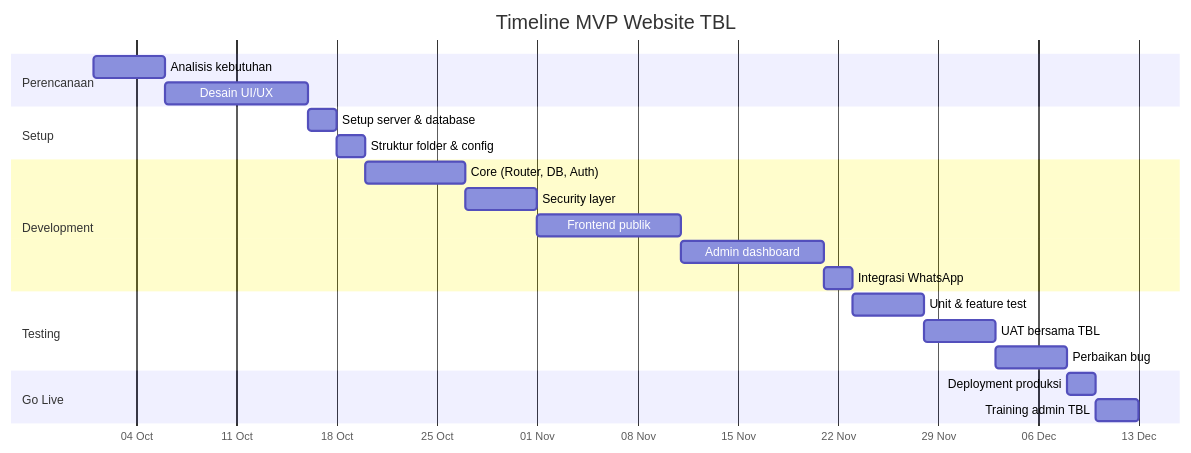
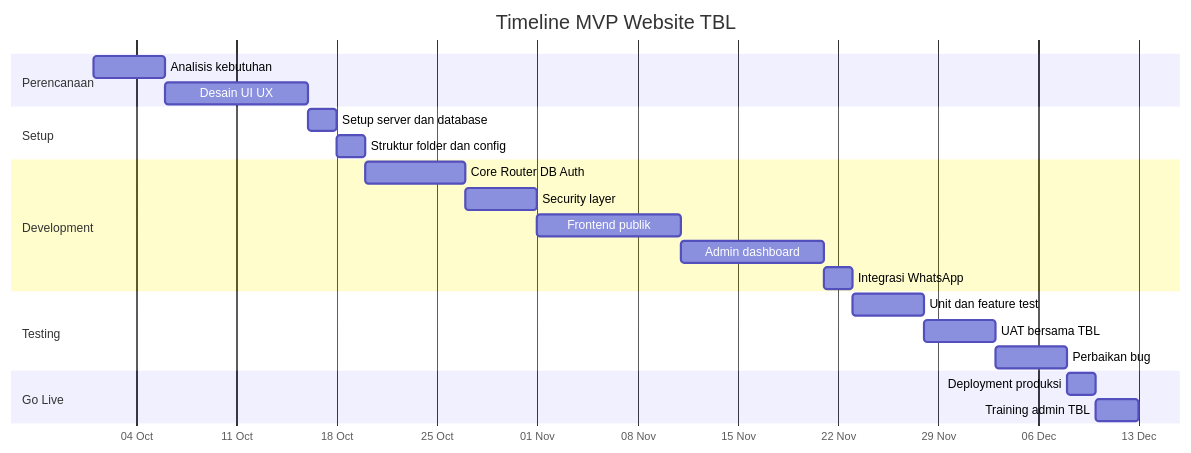
Before and after one commit to sekarpratama/project1: diagram 16 of 19 in README.md, drawn with Mermaid. The commit also changed other lines of this file, not shown here.

````diff
--- a/README.md
+++ b/README.md
@@ -1019,30 +1070,30 @@
 ```mermaid
 gantt
     title Timeline MVP Website TBL
     dateFormat  YYYY-MM-DD
     axisFormat  %d %b
 
     section Perencanaan
     Analisis kebutuhan         :a1, 2026-10-01, 5d
-    Desain UI/UX              :a2, after a1, 10d
+    Desain UI UX               :a2, after a1, 10d
 
     section Setup
-    Setup server & database   :b1, after a2, 2d
-    Struktur folder & config  :b2, after b1, 2d
+    Setup server dan database  :b1, after a2, 2d
+    Struktur folder dan config :b2, after b1, 2d
 
     section Development
-    Core (Router, DB, Auth)   :c1, after b2, 7d
-    Security layer            :c2, after c1, 5d
-    Frontend publik           :c3, after c2, 10d
-    Admin dashboard           :c4, after c3, 10d
-    Integrasi WhatsApp        :c5, after c4, 2d
+    Core Router DB Auth        :c1, after b2, 7d
+    Security layer             :c2, after c1, 5d
+    Frontend publik            :c3, after c2, 10d
+    Admin dashboard            :c4, after c3, 10d
+    Integrasi WhatsApp         :c5, after c4, 2d
 
     section Testing
-    Unit & feature test       :d1, after c5, 5d
-    UAT bersama TBL           :d2, after d1, 5d
-    Perbaikan bug             :d3, after d2, 5d
+    Unit dan feature test      :d1, after c5, 5d
+    UAT bersama TBL            :d2, after d1, 5d
+    Perbaikan bug              :d3, after d2, 5d
 
     section Go Live
-    Deployment produksi       :e1, after d3, 2d
-    Training admin TBL        :e2, after e1, 3d
+    Deployment produksi        :e1, after d3, 2d
+    Training admin TBL         :e2, after e1, 3d
 ```
````
